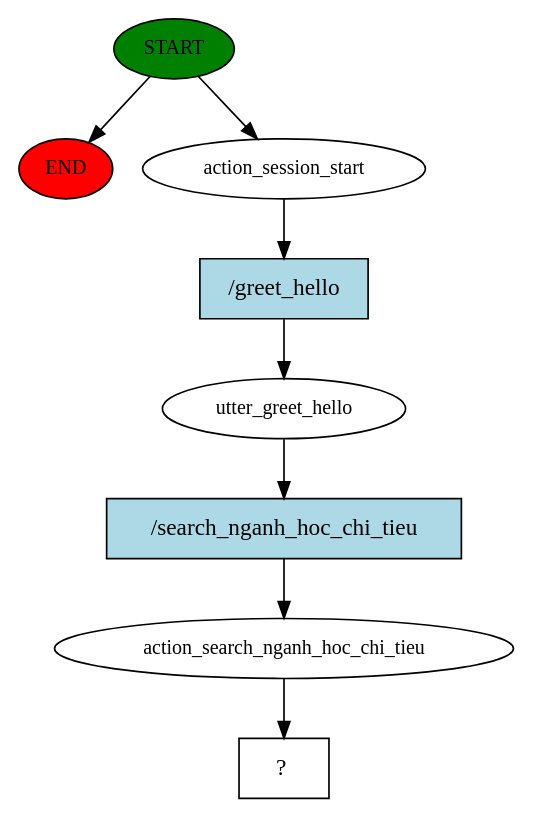
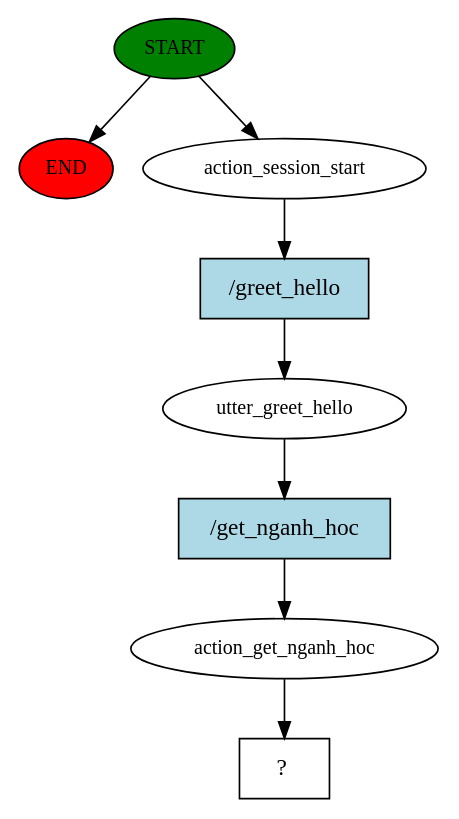
One commit to Baoan007/khoaluan_tranbaoan changed the diagram in story_graph.dot. Above: the diagram before and after it, drawn with Graphviz. The commit also changed 18 other files, not shown here.

```diff
--- a/story_graph.dot
+++ b/story_graph.dot
@@ -1,17 +1,17 @@
 digraph  {
 0 [class="start active", fillcolor=green, fontsize=12, label=START, style=filled];
 "-1" [class=end, fillcolor=red, fontsize=12, label=END, style=filled];
 1 [class=active, fontsize=12, label=action_session_start];
 2 [class=active, fontsize=12, label=utter_greet_hello];
-3 [class=active, fontsize=12, label=action_search_nganh_hoc_chi_tieu];
+3 [class=active, fontsize=12, label=action_get_nganh_hoc];
 4 [class="intent dashed active", label="  ?  ", shape=rect];
 5 [class="intent active", fillcolor=lightblue, label="/greet_hello", shape=rect, style=filled];
-6 [class="intent active", fillcolor=lightblue, label="/search_nganh_hoc_chi_tieu", shape=rect, style=filled];
+6 [class="intent active", fillcolor=lightblue, label="/get_nganh_hoc", shape=rect, style=filled];
 0 -> "-1"  [class="", key=NONE, label=""];
 0 -> 1  [class=active, key=NONE, label=""];
 1 -> 5  [class=active, key=0];
 2 -> 6  [class=active, key=0];
 3 -> 4  [class=active, key=NONE, label=""];
 5 -> 2  [class=active, key=0];
 6 -> 3  [class=active, key=0];
 }
```
